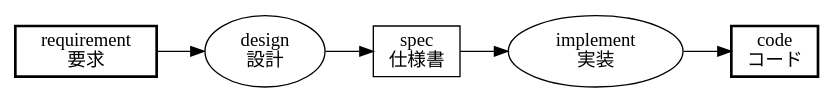
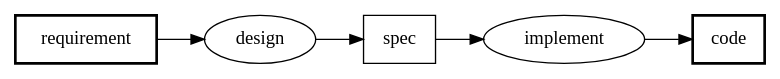
One commit to takasek/pfdsl changed the diagram in docs/samples/15-index.dot. Above: the diagram before and after it, drawn with Graphviz. The commit also changed 4 other files, not shown here.

```diff
--- a/docs/samples/15-index.dot
+++ b/docs/samples/15-index.dot
@@ -1,15 +1,15 @@
 digraph PFDSL {
   rankdir=LR;
   newrank=true;
 
-  "code" [shape=box, label="code\nコード", width=0.90, penwidth="2"];
-  "design" [shape=ellipse, label="design\n設計", width=0.90];
-  "implement" [shape=ellipse, label="implement\n実装", width=1.20];
-  "requirement" [shape=box, label="requirement\n要求", width=1.40, penwidth="2"];
-  "spec" [shape=box, label="spec\n仕様書", width=0.90];
+  "code" [shape=box, label="code", penwidth="2"];
+  "design" [shape=ellipse, label="design"];
+  "implement" [shape=ellipse, label="implement"];
+  "requirement" [shape=box, label="requirement", penwidth="2"];
+  "spec" [shape=box, label="spec"];
 
   "requirement" -> "design";
   "design" -> "spec";
   "spec" -> "implement";
   "implement" -> "code";
 }
```
